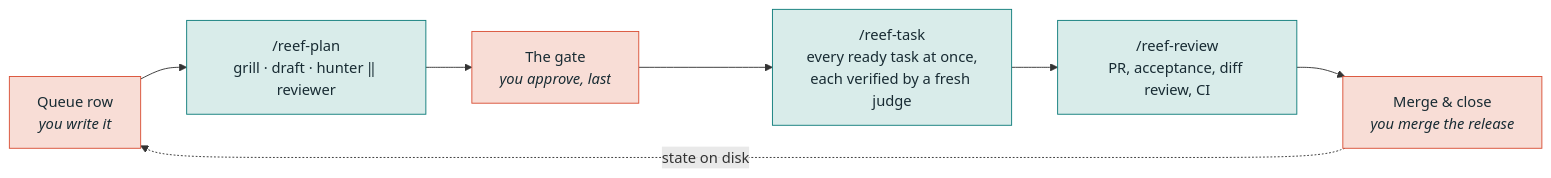
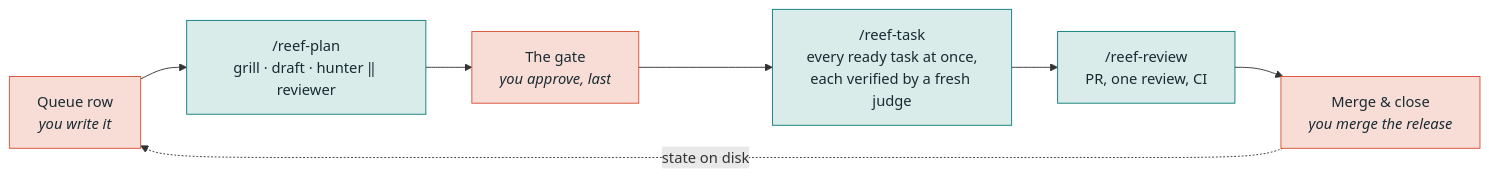
Before and after one commit to MahmoudMoe/reef: the diagram in README.md, drawn with Mermaid. The commit also changed other lines of this file and 10 other files, not shown here.

First line of the commit message:
Workflow v3, phase 3c — one reviewer per row: the spec, the diff and every criterion against its named test in the evidence; the separate diff review and its key are gone; guard pass and security once per feature on the critical path (#189)

````diff
--- a/README.md
+++ b/README.md
@@ -109,13 +109,13 @@
 ```mermaid
 flowchart LR
     Q["Queue row<br/><i>you write it</i>"] --> P["/reef-plan<br/>grill · draft · hunter ‖ reviewer"]
     P --> R["The gate<br/><i>you approve, last</i>"]
     R --> T["/reef-task<br/>every ready task at once,<br/>each verified by a fresh judge"]
-    T --> V["/reef-review<br/>PR, acceptance, diff review, CI"]
+    T --> V["/reef-review<br/>PR, one review, CI"]
     V --> M["Merge &amp; close<br/><i>you merge the release</i>"]
     M -.->|"state on disk"| Q
     classDef you fill:#F8DDD6,stroke:#D94F35,color:#182B33
     classDef code fill:#D9ECEA,stroke:#0E7C7B,color:#182B33
     class Q,R,M you
     class P,T,V code
 ```
````
